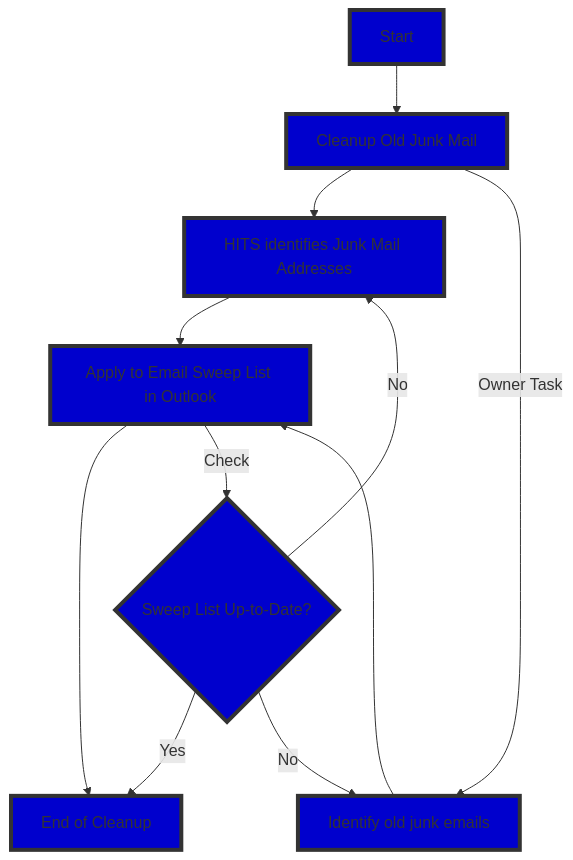
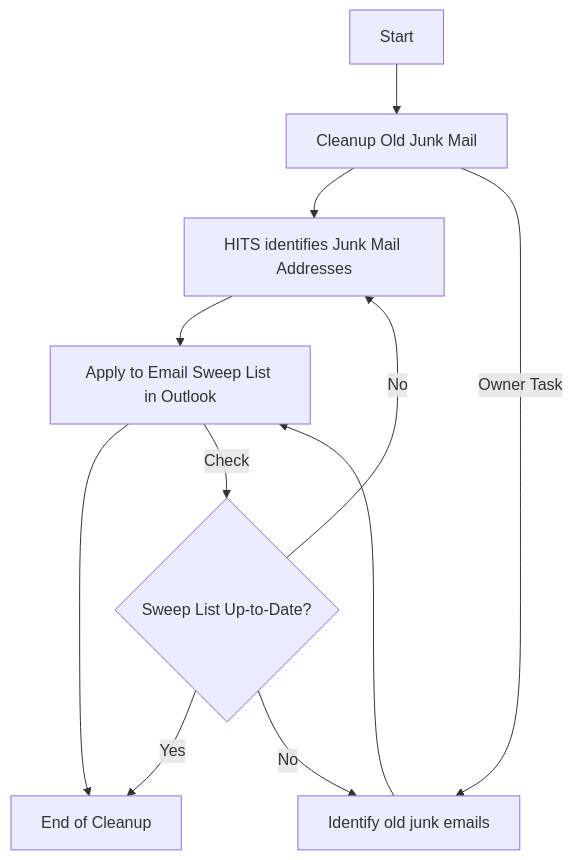
Before and after one commit to delpropo/email_archive: the first of 4 diagrams in README.md, drawn with Mermaid. The commit also changed other lines of this file, not shown here.

````diff
--- a/README.md
+++ b/README.md
@@ -11,17 +11,18 @@
 ```mermaid
 flowchart TD
     A[Start] --> B[Cleanup Old Junk Mail]
     B --> C[HITS identifies Junk Mail Addresses]
     C --> D[Apply to Email Sweep List in Outlook]
     D --> E[End of Cleanup]
     B --> |Owner Task| M1[Identify old junk emails]
     M1 --> D[Apply to Email Sweep List in Outlook]
     D --> |Check| D1{Sweep List Up-to-Date?}
     D1 --> |Yes| E
     D1 --> |No| C
     D1 --> |No| M1
 
-    classDef step fill:#0000cd,stroke:#333,stroke-width:4px;
 
-    class A,B,C,D,E,M1,D1 step;
+
+
+
 ```
````
